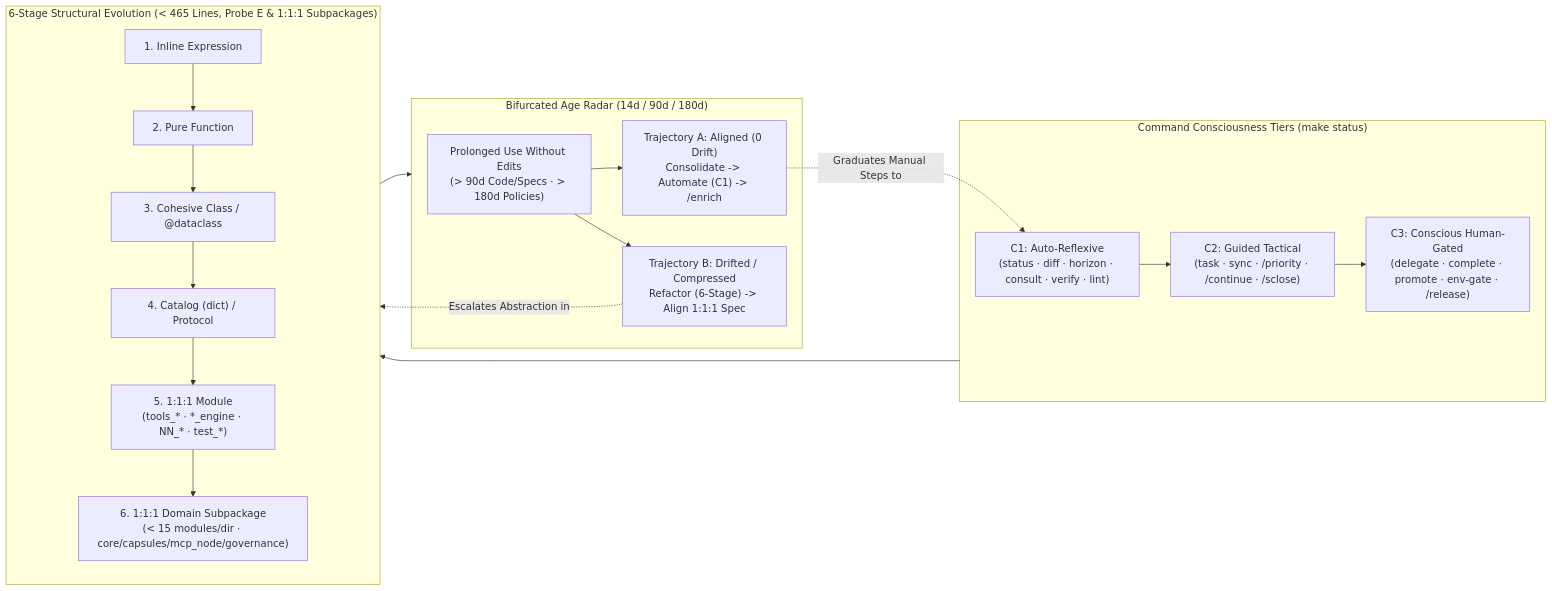
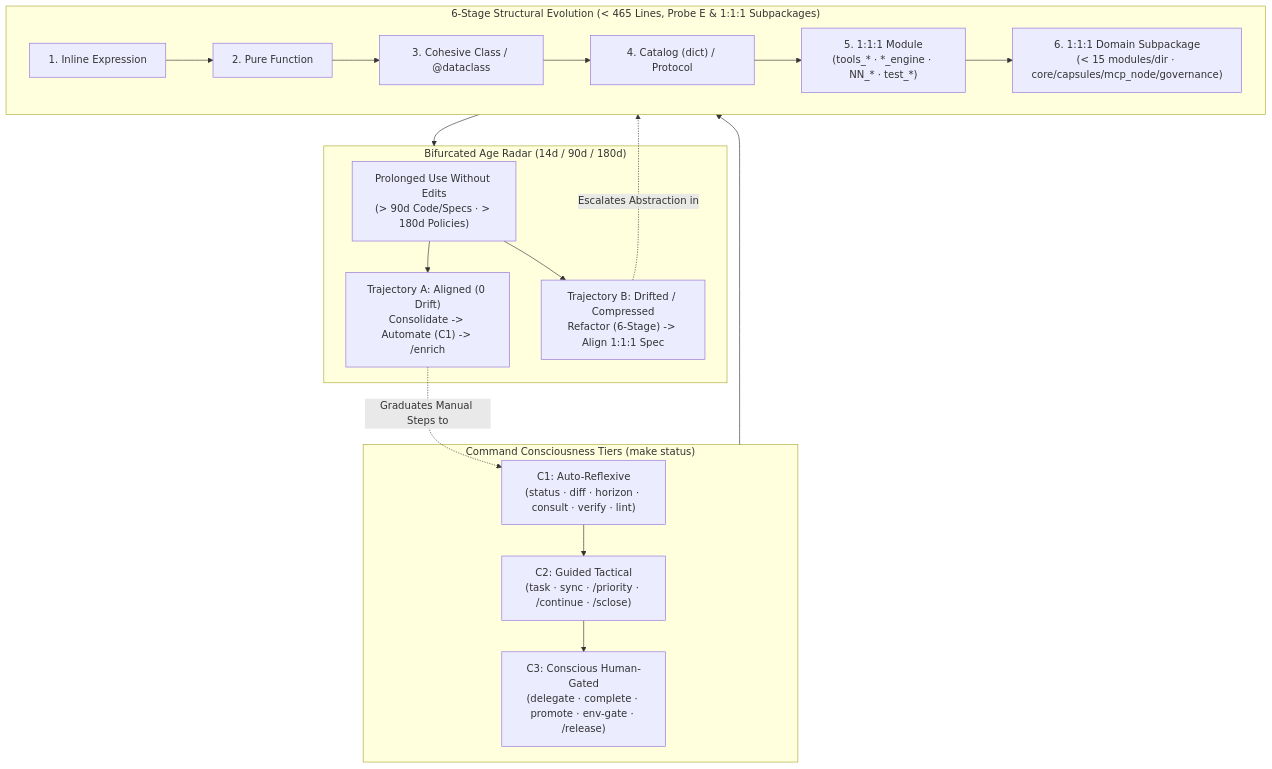
Before and after one commit to mtwuser/dotfiles-ubuntu: the third of 3 diagrams in README.md, drawn with Mermaid. The commit also changed other lines of this file and 148 other files, not shown here.

````diff
--- a/README.md
+++ b/README.md
@@ -172,29 +188,29 @@
 ```mermaid
-flowchart LR
+flowchart TD
     subgraph CMD["Command Consciousness Tiers (make status)"]
         C1["C1: Auto-Reflexive\n(status · diff · horizon · consult · verify · lint)"]
         C2["C2: Guided Tactical\n(task · sync · /priority · /continue · /sclose)"]
         C3["C3: Conscious Human-Gated\n(delegate · complete · promote · env-gate · /release)"]
         C1 --> C2 --> C3
     end
 
     subgraph EVO["6-Stage Structural Evolution (< 465 Lines, Probe E & 1:1:1 Subpackages)"]
         S1["1. Inline Expression"] --> S2["2. Pure Function"]
         S2 --> S3["3. Cohesive Class / @dataclass"]
         S3 --> S4["4. Catalog (dict) / Protocol"]
         S4 --> S5["5. 1:1:1 Module\n(tools_* · *_engine · NN_* · test_*)"]
         S5 --> S6["6. 1:1:1 Domain Subpackage\n(< 15 modules/dir · core/capsules/mcp_node/governance)"]
     end
 
     subgraph AGE["Bifurcated Age Radar (14d / 90d / 180d)"]
         TRIG["Prolonged Use Without Edits\n(> 90d Code/Specs · > 180d Policies)"]
         ALN["Trajectory A: Aligned (0 Drift)\nConsolidate -> Automate (C1) -> /enrich"]
         DRF["Trajectory B: Drifted / Compressed\nRefactor (6-Stage) -> Align 1:1:1 Spec"]
         TRIG --> ALN
         TRIG --> DRF
     end
 
     CMD --> EVO --> AGE
     ALN -.->|"Graduates Manual Steps to"| C1
     DRF -.->|"Escalates Abstraction in"| EVO
 ```
````
